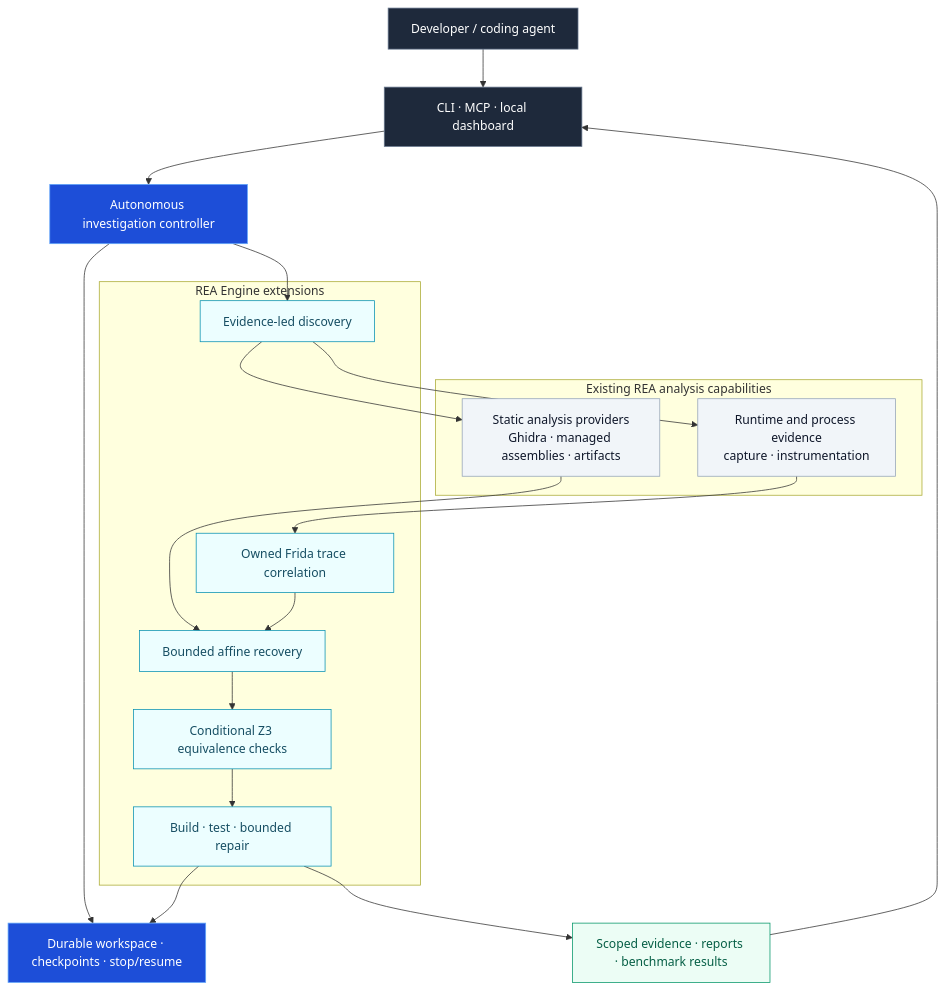
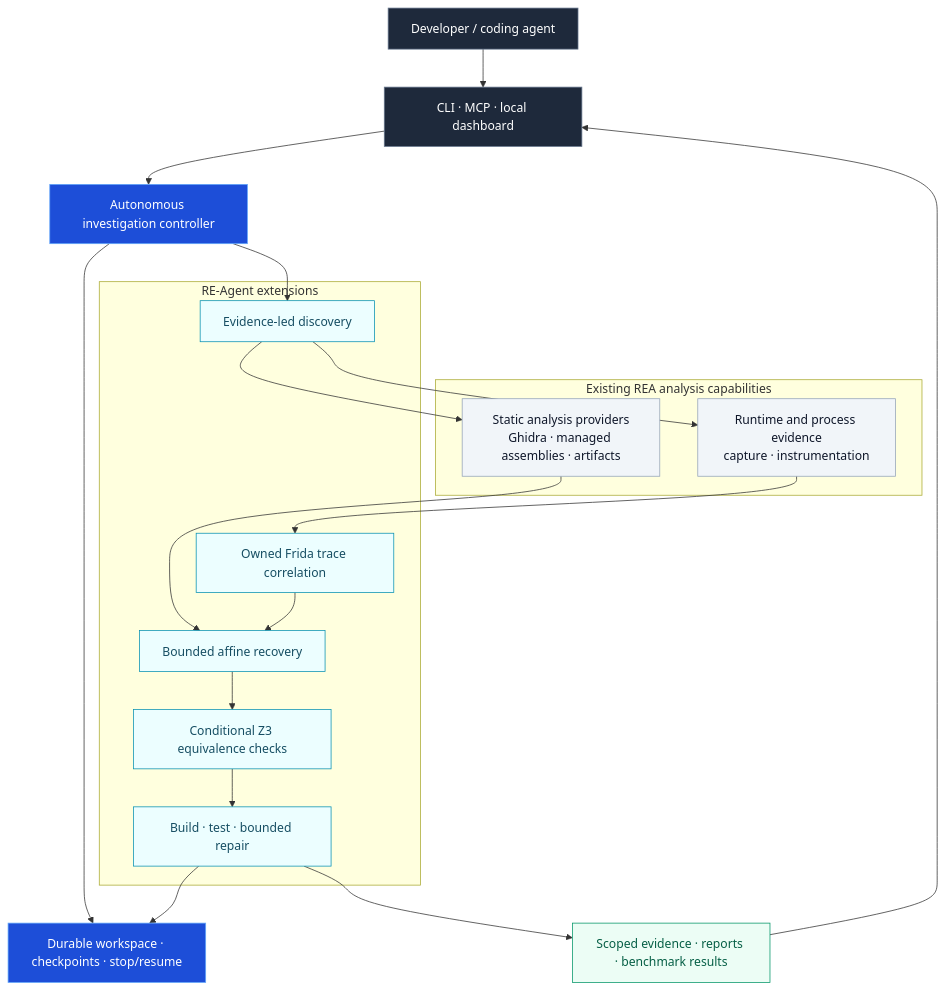
The first of 3 diagrams in README.md (heaven-hm/re-agent), drawn with Mermaid before and after one commit. The commit also changed other lines of this file and 21 other files, not shown here.

````diff
--- a/README.md
+++ b/README.md
@@ -10,42 +27,42 @@
 ```mermaid
 flowchart TB
     U["Developer / coding agent"] --> I["CLI · MCP · local dashboard"]
     I --> C["Autonomous investigation controller"]
     C --> S["Durable workspace · checkpoints · stop/resume"]
 
     subgraph EXISTING["Existing REA analysis capabilities"]
         P["Static analysis providers<br/>Ghidra · managed assemblies · artifacts"]
         R["Runtime and process evidence<br/>capture · instrumentation"]
     end
 
-    subgraph ENGINE["REA Engine extensions"]
+    subgraph ENGINE["RE-Agent extensions"]
         D["Evidence-led discovery"]
         T["Owned Frida trace correlation"]
         A["Bounded affine recovery"]
         V["Conditional Z3 equivalence checks"]
         B["Build · test · bounded repair"]
     end
 
     C --> D
     D --> P
     D --> R
     R --> T
     P --> A
     T --> A
     A --> V
     V --> B
     B --> S
     B --> O["Scoped evidence · reports · benchmark results"]
     O --> I
 
     classDef entry fill:#1e293b,stroke:#64748b,color:#ffffff
     classDef control fill:#1d4ed8,stroke:#60a5fa,color:#ffffff
     classDef upstream fill:#f1f5f9,stroke:#94a3b8,color:#0f172a
     classDef extension fill:#ecfeff,stroke:#0891b2,color:#164e63
     classDef output fill:#ecfdf5,stroke:#059669,color:#065f46
     class U,I entry
     class C,S control
     class P,R upstream
     class D,T,A,V,B extension
     class O output
 ```
````
